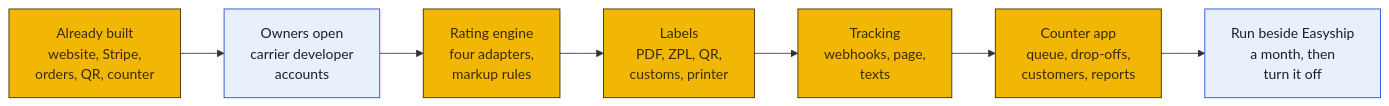
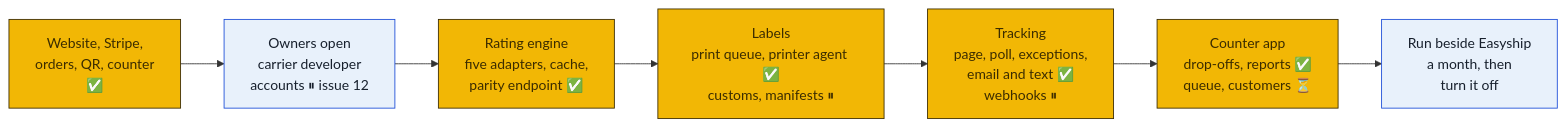
Diagram 12 of 29 in README.md (wbp318/goin-postal-forsythe), drawn with Mermaid before and after one commit. The commit also changed other lines of this file and 6 other files, not shown here.

````diff
--- a/README.md
+++ b/README.md
@@ -861,12 +861,12 @@
 ```mermaid
 flowchart LR
-  P0["Already built<br/>website, Stripe,<br/>orders, QR, counter"]:::local --> P1["Owners open<br/>carrier developer<br/>accounts"]:::you
-  P1 --> P2["Rating engine<br/>four adapters,<br/>markup rules"]:::local
-  P2 --> P3["Labels<br/>PDF, ZPL, QR,<br/>customs, printer"]:::local
-  P3 --> P4["Tracking<br/>webhooks, page,<br/>texts"]:::local
-  P4 --> P5["Counter app<br/>queue, drop-offs,<br/>customers, reports"]:::local
+  P0["Website, Stripe,<br/>orders, QR, counter<br/>✅"]:::local --> P1["Owners open<br/>carrier developer<br/>accounts ⏸ issue 12"]:::you
+  P1 --> P2["Rating engine<br/>five adapters, cache,<br/>parity endpoint ✅"]:::local
+  P2 --> P3["Labels<br/>print queue, printer agent ✅<br/>customs, manifests ⏸"]:::local
+  P3 --> P4["Tracking<br/>page, poll, exceptions,<br/>email and text ✅<br/>webhooks ⏸"]:::local
+  P4 --> P5["Counter app<br/>drop-offs, reports ✅<br/>queue, customers ⏳"]:::local
   P5 --> P6["Run beside Easyship<br/>a month, then<br/>turn it off"]:::you
   classDef local fill:#f2b705,stroke:#3b2c00,color:#3b2c00
   classDef cloud fill:#0f1d3a,stroke:#0f1d3a,color:#ffffff
   classDef you fill:#e8f1fb,stroke:#1d4ed8,color:#17202d
 ```
````
